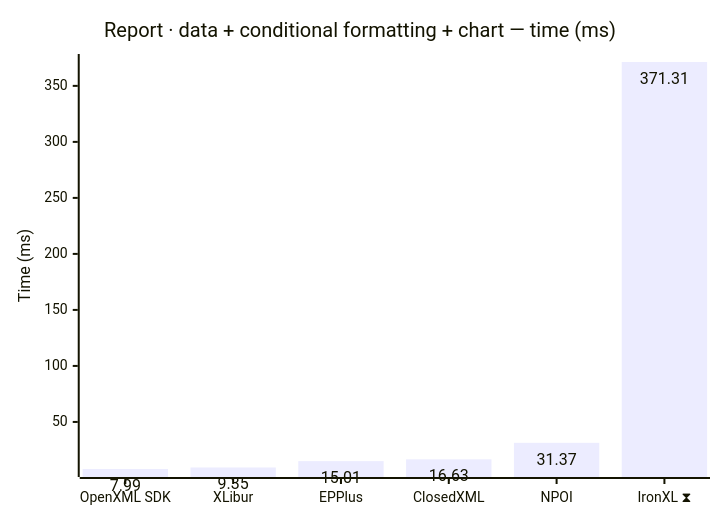
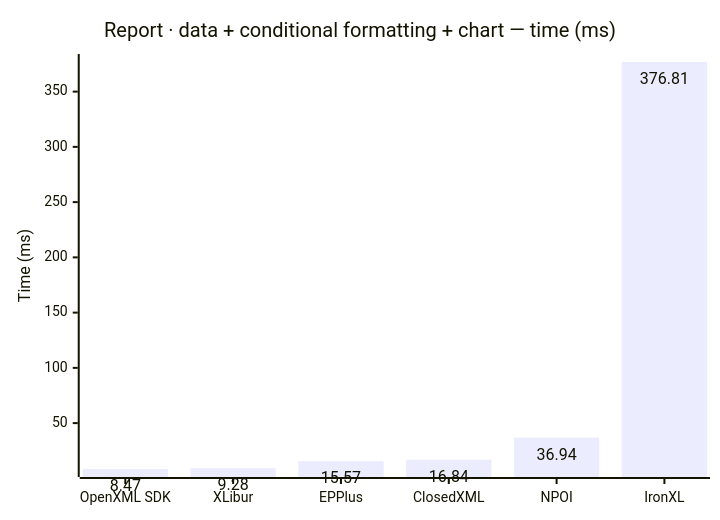
Before and after one commit to jafin/XLBench: the seventh of 10 diagrams in docs/results.md, drawn with Mermaid. The commit also changed other lines of this file and 3 other files, not shown here.

````diff
--- a/docs/results.md
+++ b/docs/results.md
@@ -117,12 +113,12 @@
 ```mermaid
 ---
 config:
   xyChart:
     showDataLabel: true
 ---
 xychart-beta
     title "Report · data + conditional formatting + chart — time (ms)"
-    x-axis ["OpenXML SDK", "XLibur", "EPPlus", "ClosedXML", "NPOI", "IronXL ⧗"]
+    x-axis ["OpenXML SDK", "XLibur", "EPPlus", "ClosedXML", "NPOI", "IronXL"]
     y-axis "Time (ms)"
-    bar [7.99, 9.35, 15.01, 16.63, 31.37, 371.31]
+    bar [8.47, 9.28, 15.57, 16.84, 36.94, 376.81]
 ```
````
